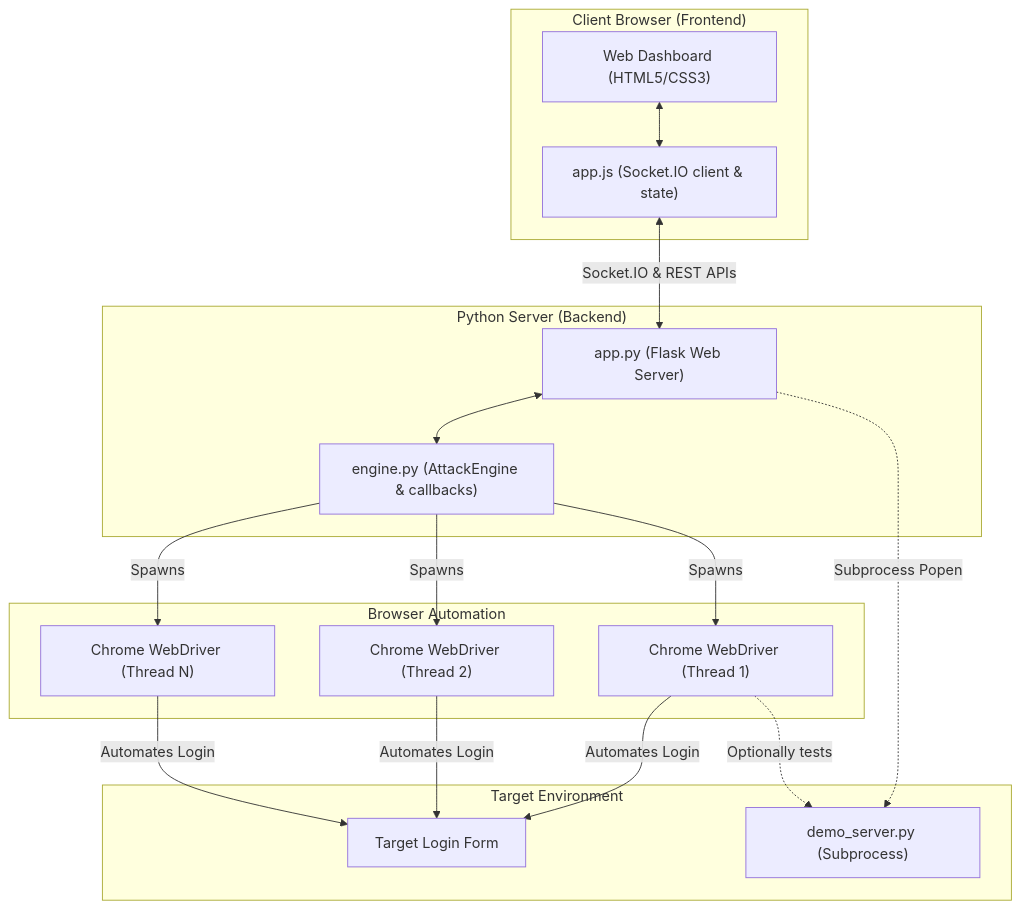
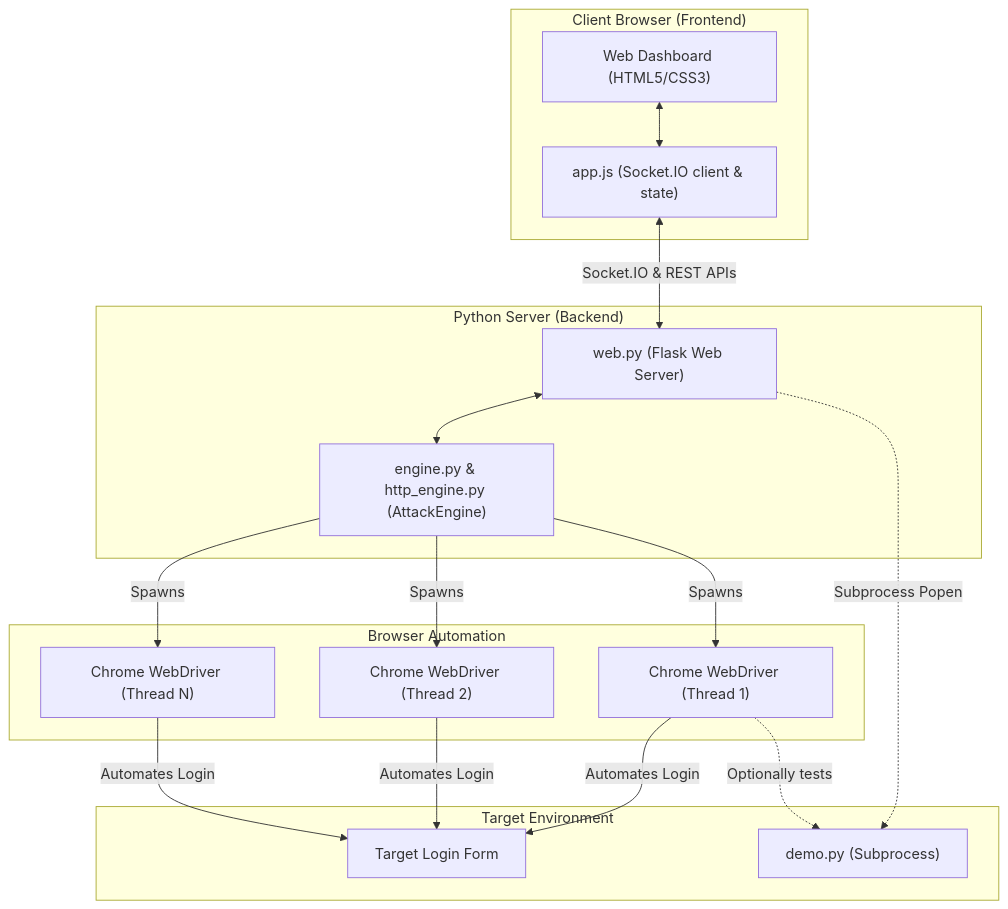
The first of 2 diagrams in README.md (taezeem14/BlueCrack), drawn with Mermaid before and after one commit. The commit also changed other lines of this file and 9 other files, not shown here.

````diff
--- a/README.md
+++ b/README.md
@@ -37,37 +37,37 @@
 ```mermaid
 graph TD
     subgraph Client ["Client Browser (Frontend)"]
         UI["Web Dashboard (HTML5/CSS3)"]
         JS["app.js (Socket.IO client & state)"]
         UI <--> JS
     end
 
     subgraph Backend ["Python Server (Backend)"]
-        App["app.py (Flask Web Server)"]
-        Engine["engine.py (AttackEngine & callbacks)"]
+        App["web.py (Flask Web Server)"]
+        Engine["engine.py & http_engine.py (AttackEngine)"]
         App <--> Engine
     end
 
     subgraph BrowserWorkers ["Browser Automation"]
         Driver1["Chrome WebDriver (Thread 1)"]
         Driver2["Chrome WebDriver (Thread 2)"]
         DriverN["Chrome WebDriver (Thread N)"]
     end
 
     subgraph TargetSystem ["Target Environment"]
         Target["Target Login Form"]
-        DemoSrv["demo_server.py (Subprocess)"]
+        DemoSrv["demo.py (Subprocess)"]
     end
 
     JS <-->|Socket.IO & REST APIs| App
     Engine -->|Spawns| Driver1
     Engine -->|Spawns| Driver2
     Engine -->|Spawns| DriverN
 
     Driver1 -->|Automates Login| Target
     Driver2 -->|Automates Login| Target
     DriverN -->|Automates Login| Target
 
     App -.->|Subprocess Popen| DemoSrv
     Driver1 -.->|Optionally tests| DemoSrv
 ```
````
